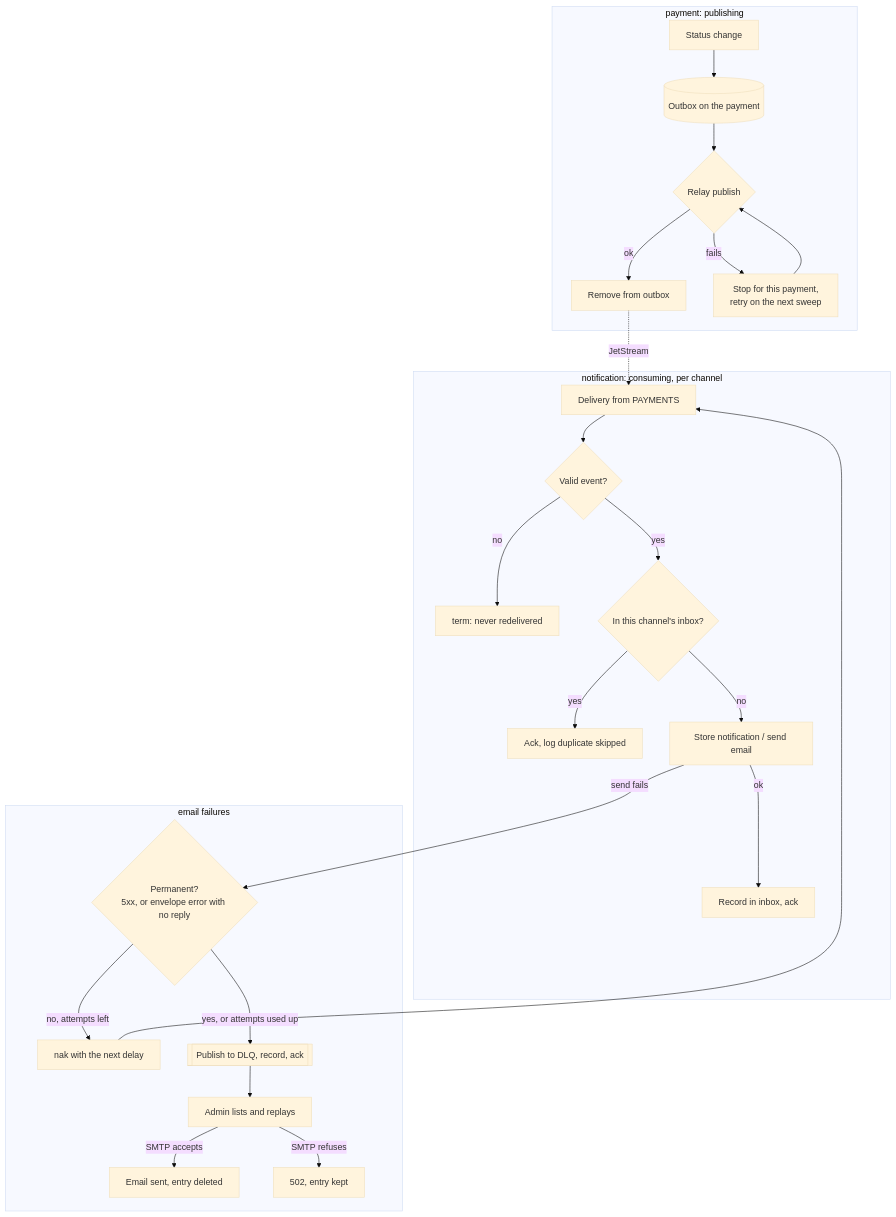
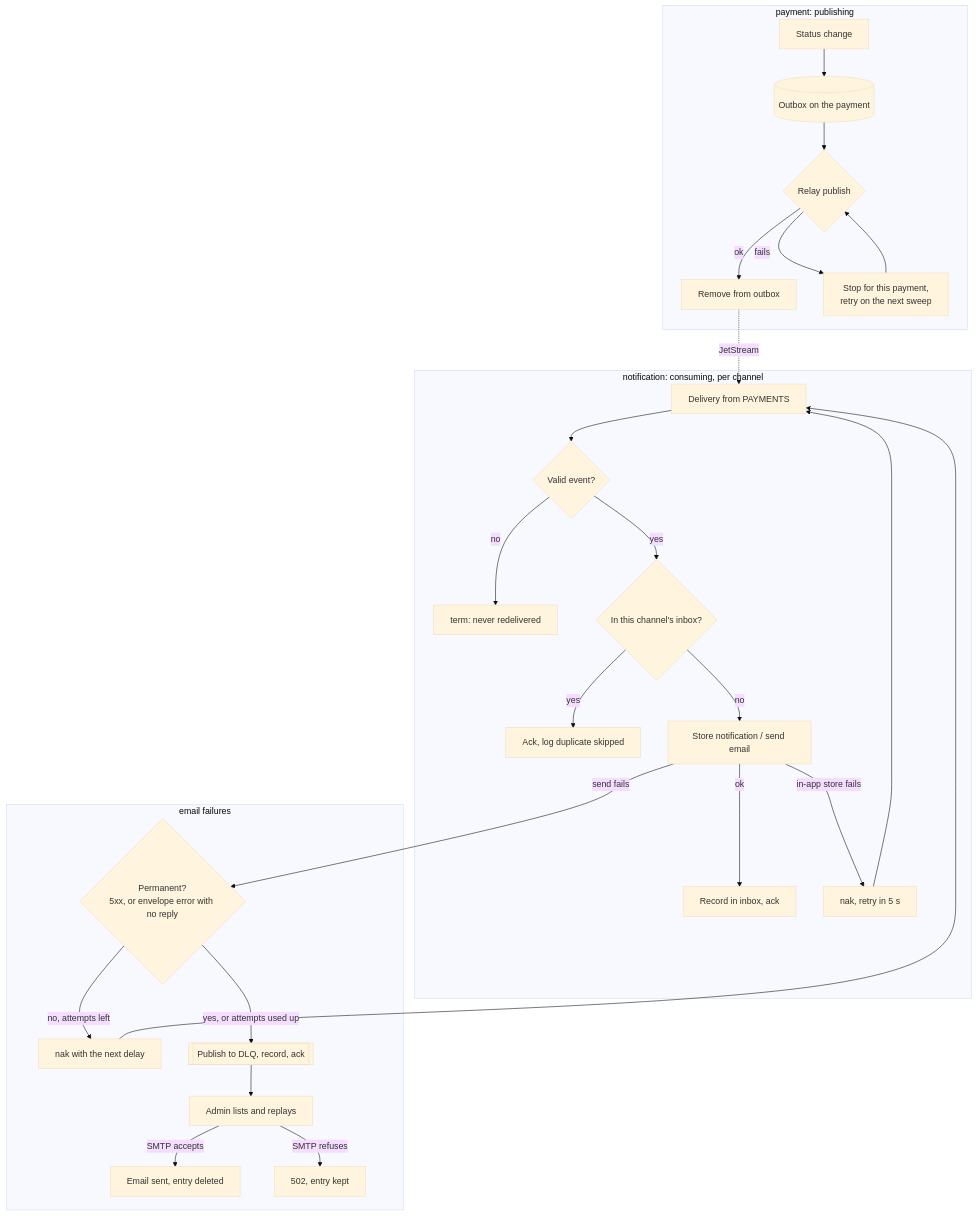
Before and after one commit to VICTOR-CHUKWU/payment-simulation: the third of 3 diagrams in docs/architecture.md, drawn with Mermaid (base theme). The commit also changed other lines of this file and 5 other files, not shown here.

````diff
--- a/docs/architecture.md
+++ b/docs/architecture.md
@@ -117,30 +118,31 @@
 ```mermaid
 flowchart TB
   subgraph pub["payment: publishing"]
     change[Status change] --> outbox[(Outbox on the payment)]
     outbox --> relay{Relay publish}
     relay -- ok --> remove[Remove from outbox]
     relay -- "fails" --> wait[Stop for this payment,<br/>retry on the next sweep]
     wait --> relay
   end
 
   subgraph con["notification: consuming, per channel"]
     deliver[Delivery from PAYMENTS] --> valid{Valid event?}
     valid -- no --> term[term: never redelivered]
     valid -- yes --> seen{In this channel's inbox?}
     seen -- yes --> skip[Ack, log duplicate skipped]
     seen -- no --> work[Store notification / send email]
     work -- ok --> mark[Record in inbox, ack]
+    work -- "in-app store fails" --> nak5[nak, retry in 5 s] --> deliver
   end
 
   subgraph mail["email failures"]
     work -- "send fails" --> kind{Permanent?<br/>5xx, or envelope error with no reply}
-    kind -- no, attempts left --> nak[nak with the next delay] --> deliver
-    kind -- "yes, or attempts used up" --> dlq[[Publish to DLQ, record, ack]]
+    kind -- "no, attempts left" --> nak[nak with the next delay] --> deliver
+    kind -- "yes, or attempts used up" --> dlq[["Publish to DLQ, record, ack"]]
     dlq --> admin[Admin lists and replays]
     admin -- "SMTP accepts" --> sent[Email sent, entry deleted]
     admin -- "SMTP refuses" --> keep[502, entry kept]
   end
 
-  remove -. JetStream .-> deliver
+  remove -. "JetStream" .-> deliver
 ```
````
